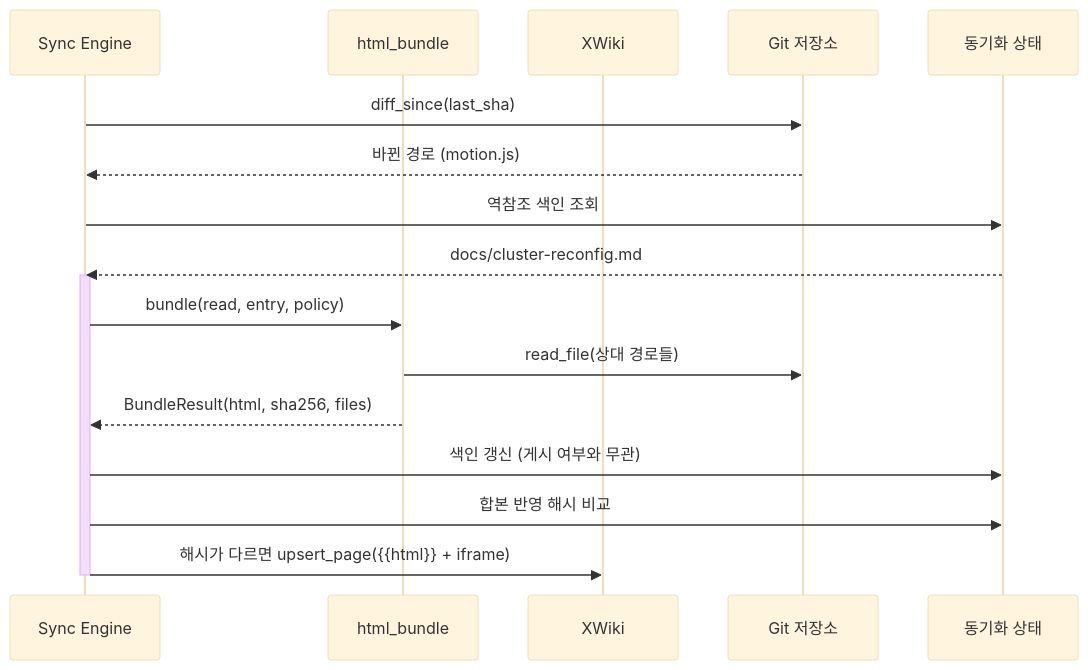
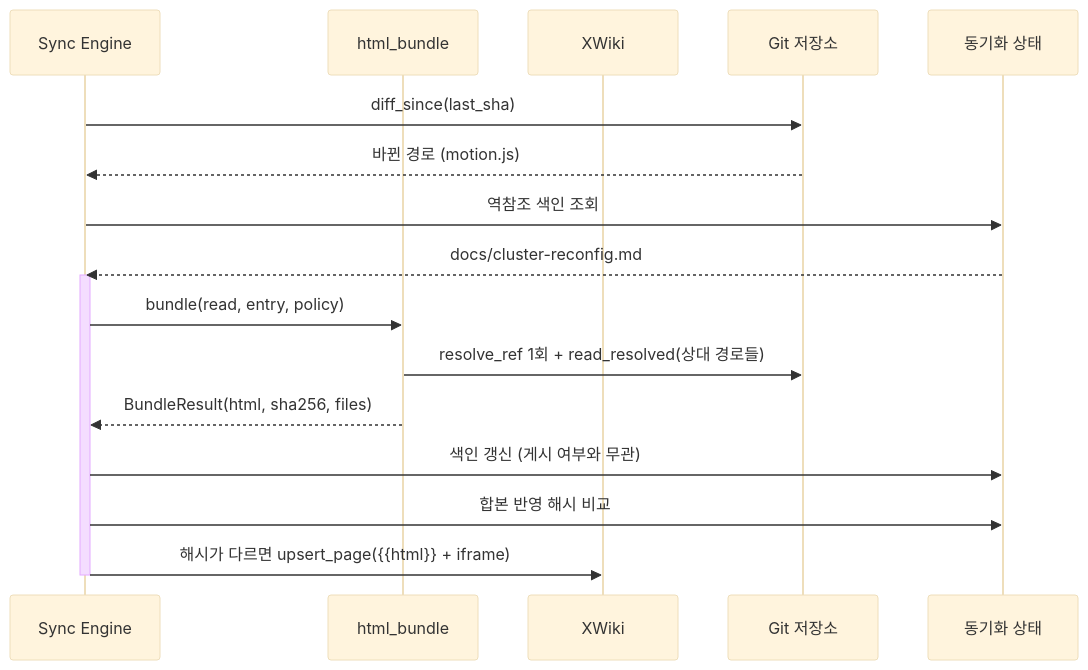
One commit to sch0718/synctx changed the second of 2 diagrams in docs/html-embed-design.md. Above: the diagram before and after it, drawn with Mermaid (base theme). The commit also changed other lines of this file, not shown here.

Commit message:
docs: 합본 반영 해시, ref 1회 해석, 목록 안 블록 처리를 설계 문서에 반영

````diff
--- a/docs/html-embed-design.md
+++ b/docs/html-embed-design.md
@@ -258,20 +260,20 @@
 ```mermaid
 sequenceDiagram
     participant Sync as Sync Engine
     participant Bundle as html_bundle
     participant XWiki as XWiki
     participant Git as Git 저장소
     participant State as 동기화 상태
     Sync->>Git: diff_since(last_sha)
     Git-->>Sync: 바뀐 경로 (motion.js)
     Sync->>State: 역참조 색인 조회
     State-->>Sync: docs/cluster-reconfig.md
     activate Sync
     Sync->>Bundle: bundle(read, entry, policy)
-    Bundle->>Git: read_file(상대 경로들)
+    Bundle->>Git: resolve_ref 1회 + read_resolved(상대 경로들)
     Bundle-->>Sync: BundleResult(html, sha256, files)
     Sync->>State: 색인 갱신 (게시 여부와 무관)
     Sync->>State: 합본 반영 해시 비교
     Sync->>XWiki: 해시가 다르면 upsert_page({{html}} + iframe)
     deactivate Sync
 ```
````
